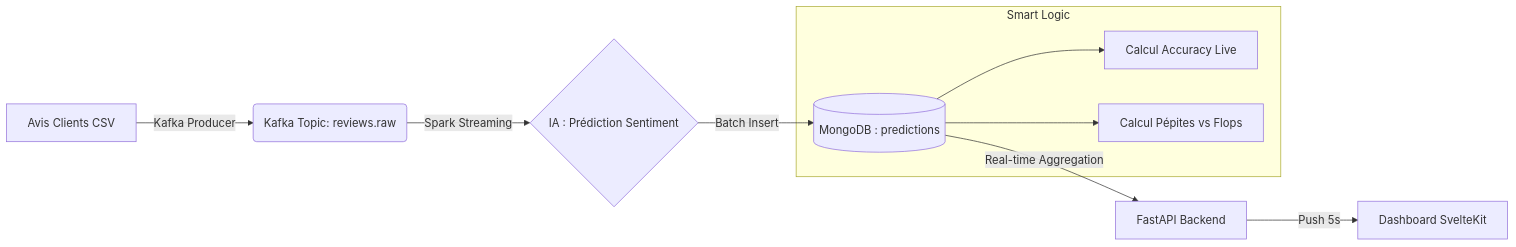
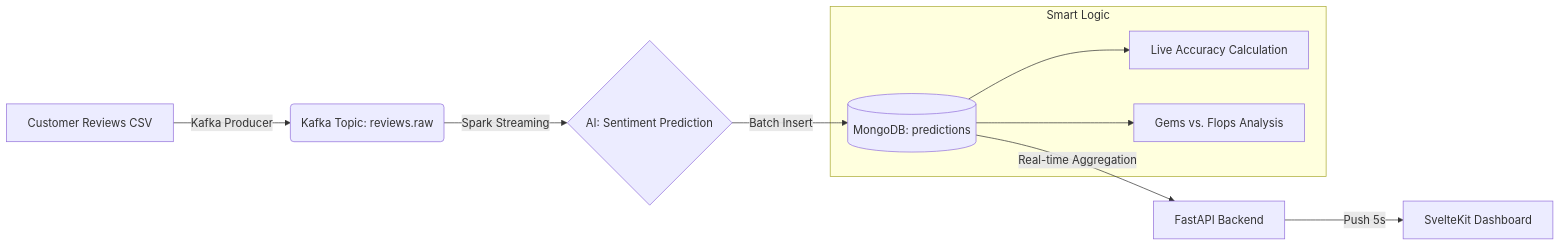
The diagram in README.md (regisx001/Amazon-reviews-analysis), drawn with Mermaid before and after one commit. The commit also changed other lines of this file, not shown here.

````diff
--- a/README.md
+++ b/README.md
@@ -38,13 +38,13 @@
 ```mermaid
 graph LR
-    A[Avis Clients CSV] -->|Kafka Producer| B(Kafka Topic: reviews.raw)
-    B -->|Spark Streaming| C{IA : Prédiction Sentiment}
-    C -->|Batch Insert| D[(MongoDB : predictions)]
+    A[Customer Reviews CSV] -->|Kafka Producer| B(Kafka Topic: reviews.raw)
+    B -->|Spark Streaming| C{AI: Sentiment Prediction}
+    C -->|Batch Insert| D[(MongoDB: predictions)]
     D -->|Real-time Aggregation| E[FastAPI Backend]
-    E -->|Push 5s| F[Dashboard SvelteKit]
+    E -->|Push 5s| F[SvelteKit Dashboard]
     
     subgraph "Smart Logic"
-    D --> G[Calcul Accuracy Live]
-    D --> H[Calcul Pépites vs Flops]
+    D --> G[Live Accuracy Calculation]
+    D --> H[Gems vs. Flops Analysis]
     end
 ```
````
